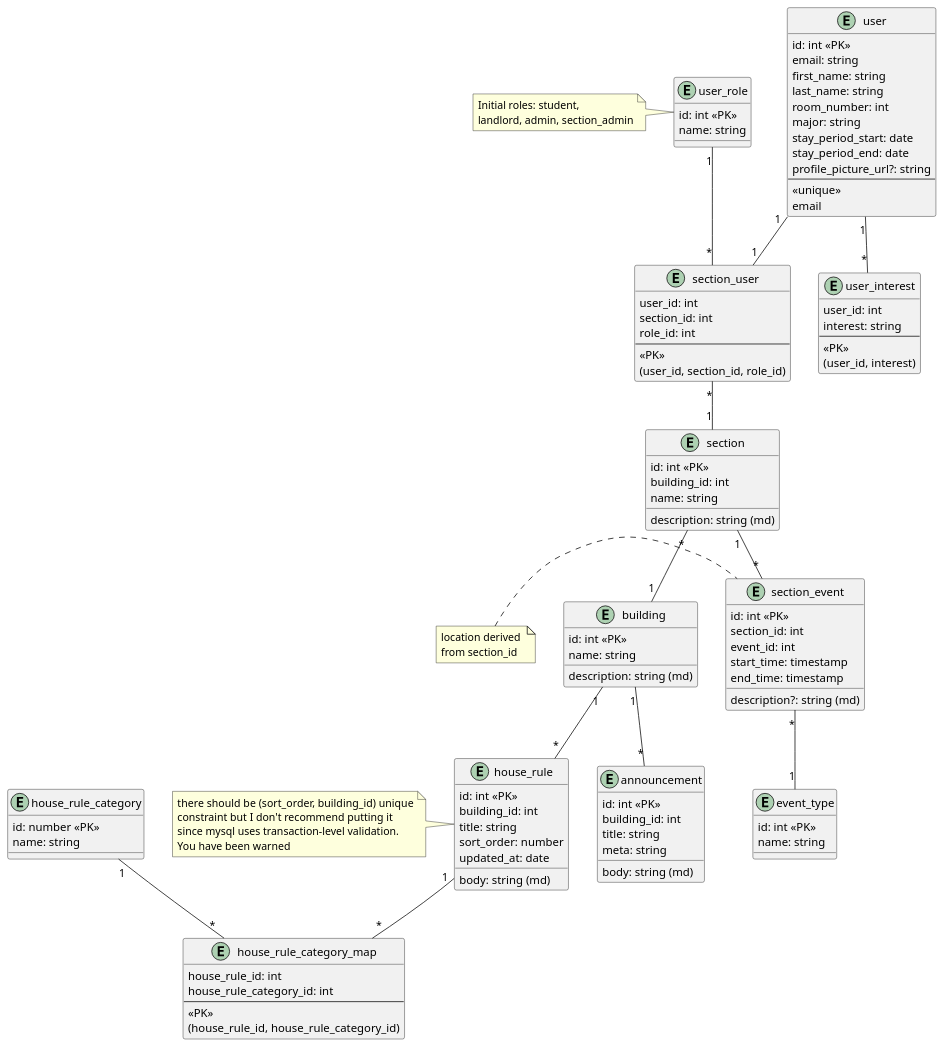
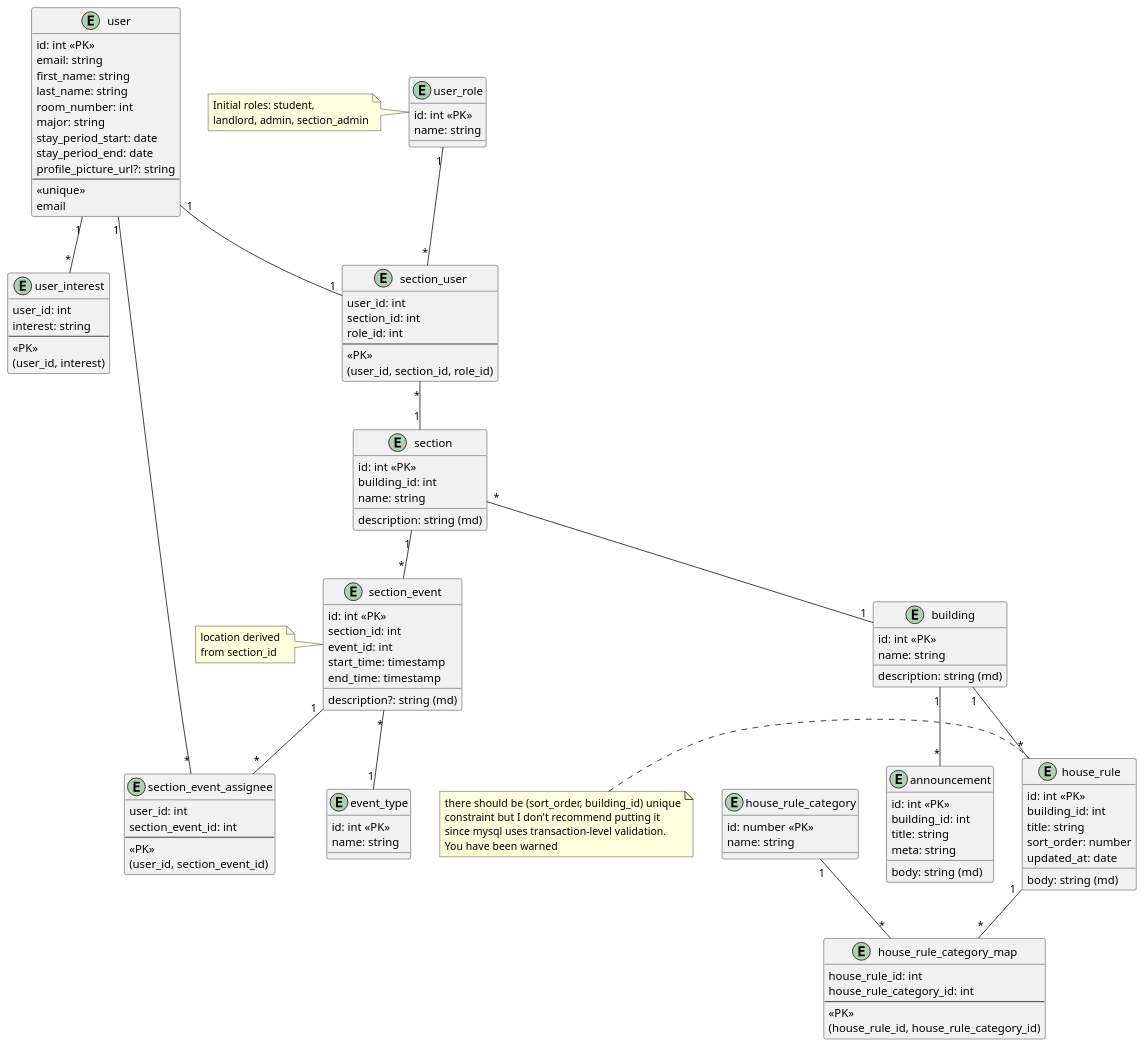
The diagram in schema.puml (sweden-fullstack/sweden-fullstack-group-project), drawn with PlantUML before and after one commit.

Commit message:
feat(schema): changing the schema

```diff
--- a/schema.puml
+++ b/schema.puml
@@ -1,128 +1,138 @@
 @startuml
 
 entity user {
     id: int <<PK>>
     email: string
     first_name: string
     last_name: string
     room_number: int
     major: string
     stay_period_start: date
     stay_period_end: date
     profile_picture_url?: string
     ---
     <<unique>>
     email
 }
 ' Perhaps move room_number, stay_period_start and stay_period_end 
 ' to section_user since it makes more sense there?
 
 entity user_interest {
    user_id: int
    interest: string
    ---
    <<PK>>
    (user_id, interest)
 }
 
 entity section_user {
     user_id: int
     section_id: int
     role_id: int
     ---
     <<PK>>
     (user_id, section_id, role_id)
 }
 
 entity building {
     id: int <<PK>>
     name: string
     description: string (md)
 }
 
 entity section {
     id: int <<PK>>
     building_id: int
     name: string
     description: string (md)
 }
 
 entity announcement {
     id: int <<PK>>
     building_id: int
     title: string
     meta: string
     body: string (md)
 }
 
 entity section_event {
     id: int <<PK>>
     section_id: int
     event_id: int
     description?: string (md)
     start_time: timestamp
     end_time: timestamp
 }
 
 note left of section_event
    location derived 
    from section_id
 end note
 
 entity event_type {
     id: int <<PK>>
     name: string
 }
 
 entity user_role {
    id: int <<PK>>
    name: string
 }
 
 note left of user_role
    Initial roles: student, 
    landlord, admin, section_admin
 end note
 
 entity house_rule {
     id: int <<PK>>
     building_id: int
     title: string
     body: string (md)
     sort_order: number
     updated_at: date
 }
 
 note left of house_rule
    there should be (sort_order, building_id) unique
    constraint but I don't recommend putting it
    since mysql uses transaction-level validation.
    You have been warned
 end note
 
 entity house_rule_category_map {
    house_rule_id: int
    house_rule_category_id: int
    ---
    <<PK>>
    (house_rule_id, house_rule_category_id)
 }
 
 entity house_rule_category {
     id: number <<PK>>
     name: string
 }
 
+entity section_event_assignee {
+   user_id: int
+   section_event_id: int
+   ---
+   <<PK>>
+   (user_id, section_event_id)
+}
+
 user "1" -- "1" section_user
 user "1" -- "*" user_interest
+user "1" -- "*" section_event_assignee
 user_role "1" -- "*" section_user
 section_user "*" -- "1" section
 section "1" -- "*" section_event
 section "*" -- "1" building
 section_event "*" -- "1" event_type
+section_event "1" -- "*" section_event_assignee
 building "1" -- "*" announcement
 building "1" -- "*" house_rule
 house_rule "1" -- "*" house_rule_category_map
 house_rule_category "1" -- "*" house_rule_category_map
 
 @enduml
```
